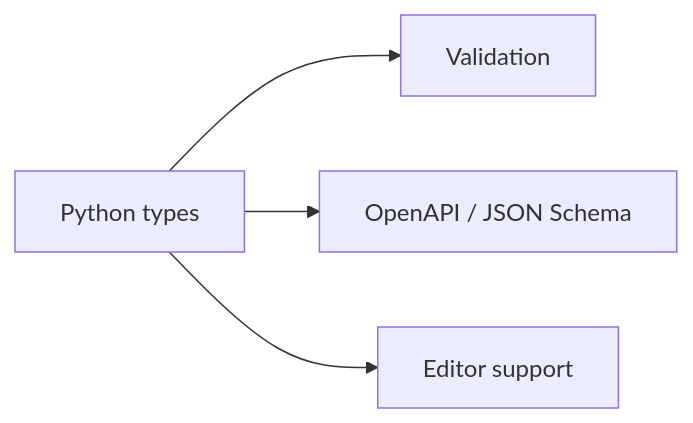
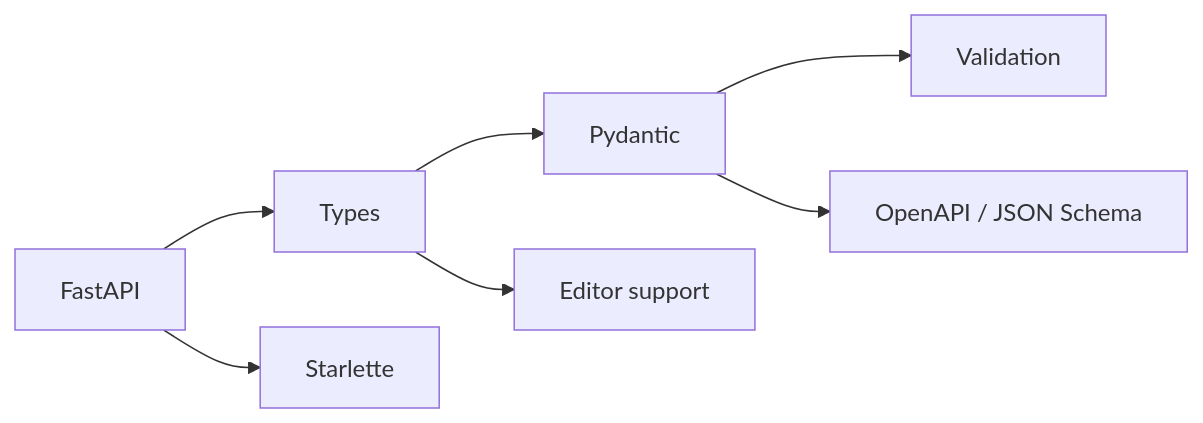
Before and after one commit to varadinov/fastapi-presentation: the first of 2 diagrams in slides.md, drawn with Mermaid. The commit also changed other lines of this file and 3 other files, not shown here.

````diff
--- a/slides.md
+++ b/slides.md
@@ -81,6 +81,9 @@
 ```mermaid
 flowchart LR
-  A[Python types] --> B[Validation]
-  A --> C[OpenAPI / JSON Schema]
-  A --> D[Editor support]
+  A[FastAPI] --> B[Types]
+  B --> C[Pydantic]
+  C --> D[Validation]
+  C --> E[OpenAPI / JSON Schema]
+  B --> F[Editor support]
+  A --> G[Starlette]
 ```
````
